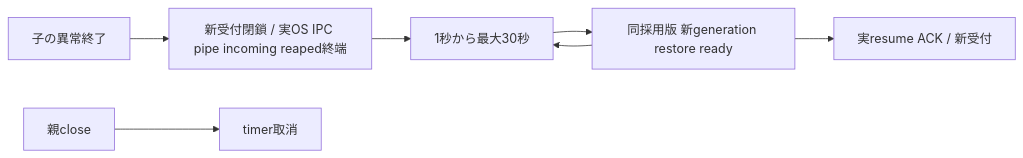
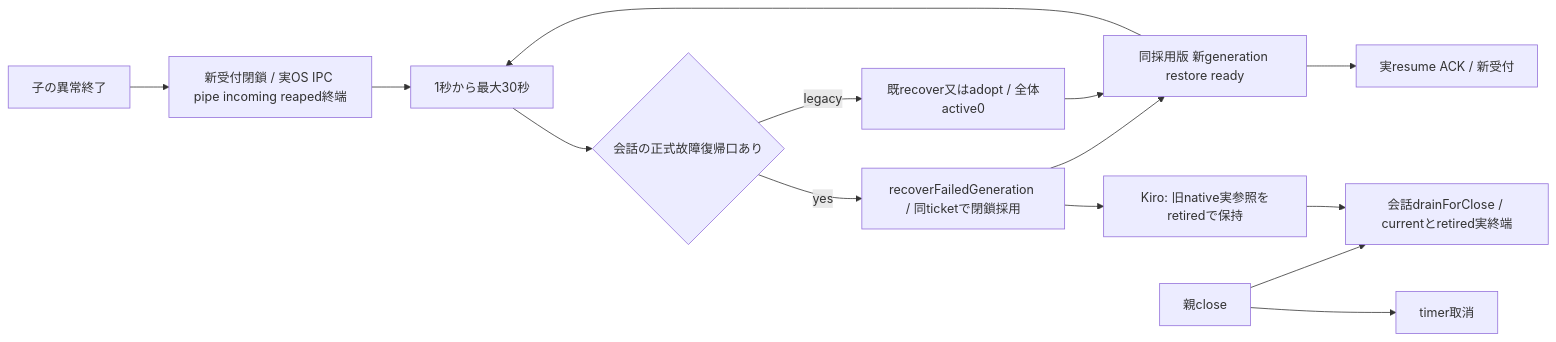
Before and after one commit to kitepon/BellTeam: the third of 5 diagrams in docs/architecture/modules/runtime/module-process.md, drawn with Mermaid. The commit also changed other lines of this file and 2 other files, not shown here.

Commit message:
Recover failed conversation writers while retaining retired actual work

````diff
--- a/docs/architecture/modules/runtime/module-process.md
+++ b/docs/architecture/modules/runtime/module-process.md
@@ -66,9 +72,16 @@
 ```mermaid
 flowchart LR
   Exit[子の異常終了] --> Reap[新受付閉鎖 / 実OS IPC pipe incoming reaped終端]
   Reap --> Timer[1秒から最大30秒]
-  Timer --> Restore[同採用版 新generation restore ready]
+  Timer --> Gate{会話の正式故障復帰口あり}
+  Gate -->|yes| Retire[recoverFailedGeneration / 同ticketで閉鎖採用]
+  Gate -->|legacy| Legacy[既recover又はadopt / 全体active0]
+  Retire --> Restore[同採用版 新generation restore ready]
+  Legacy --> Restore
+  Retire --> References[Kiro: 旧native実参照をretiredで保持]
   Restore --> Resume[実resume ACK / 新受付]
   Restore --> Timer
   Close[親close] --> Cancel[timer取消]
+  Close --> FullDrain[会話drainForClose / currentとretired実終端]
+  References --> FullDrain
 ```
````
